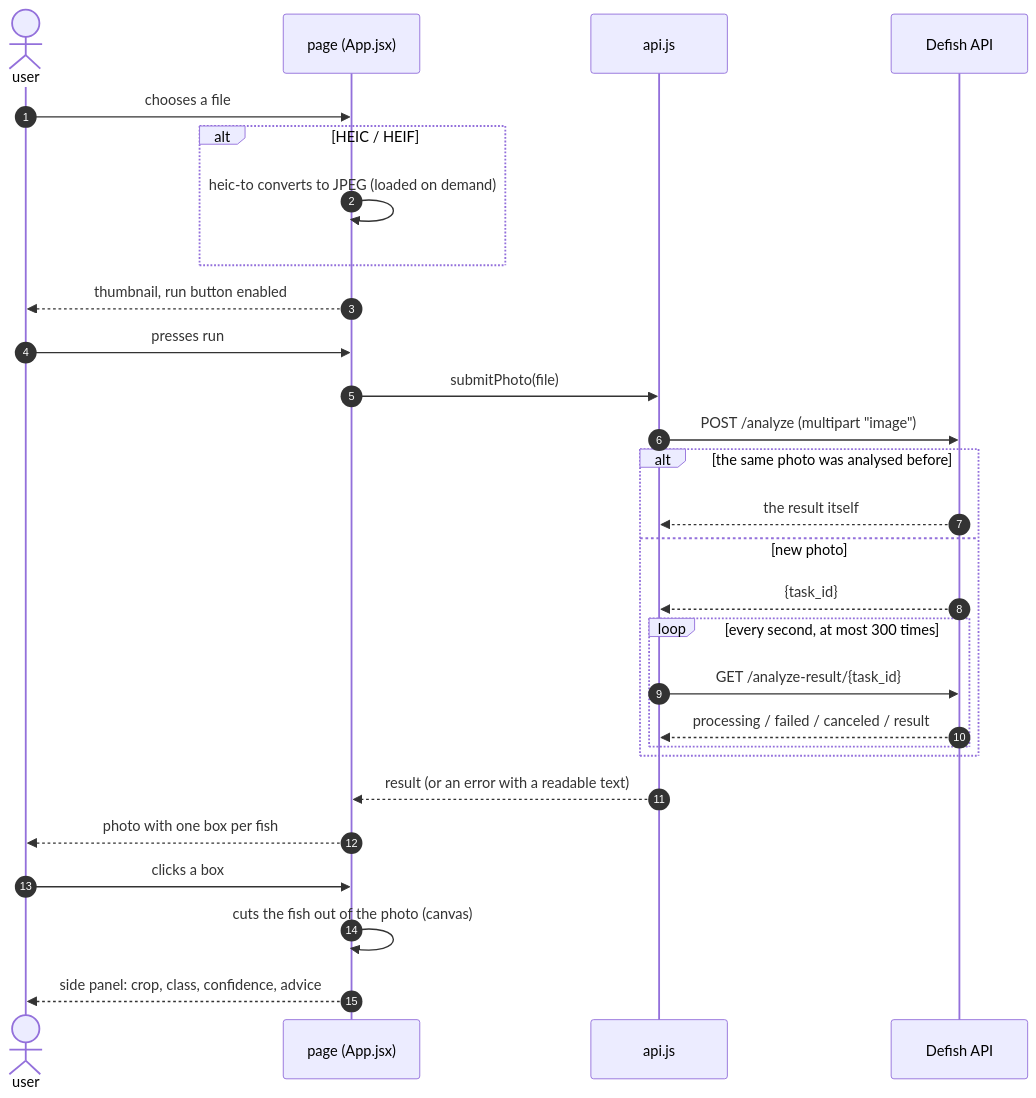
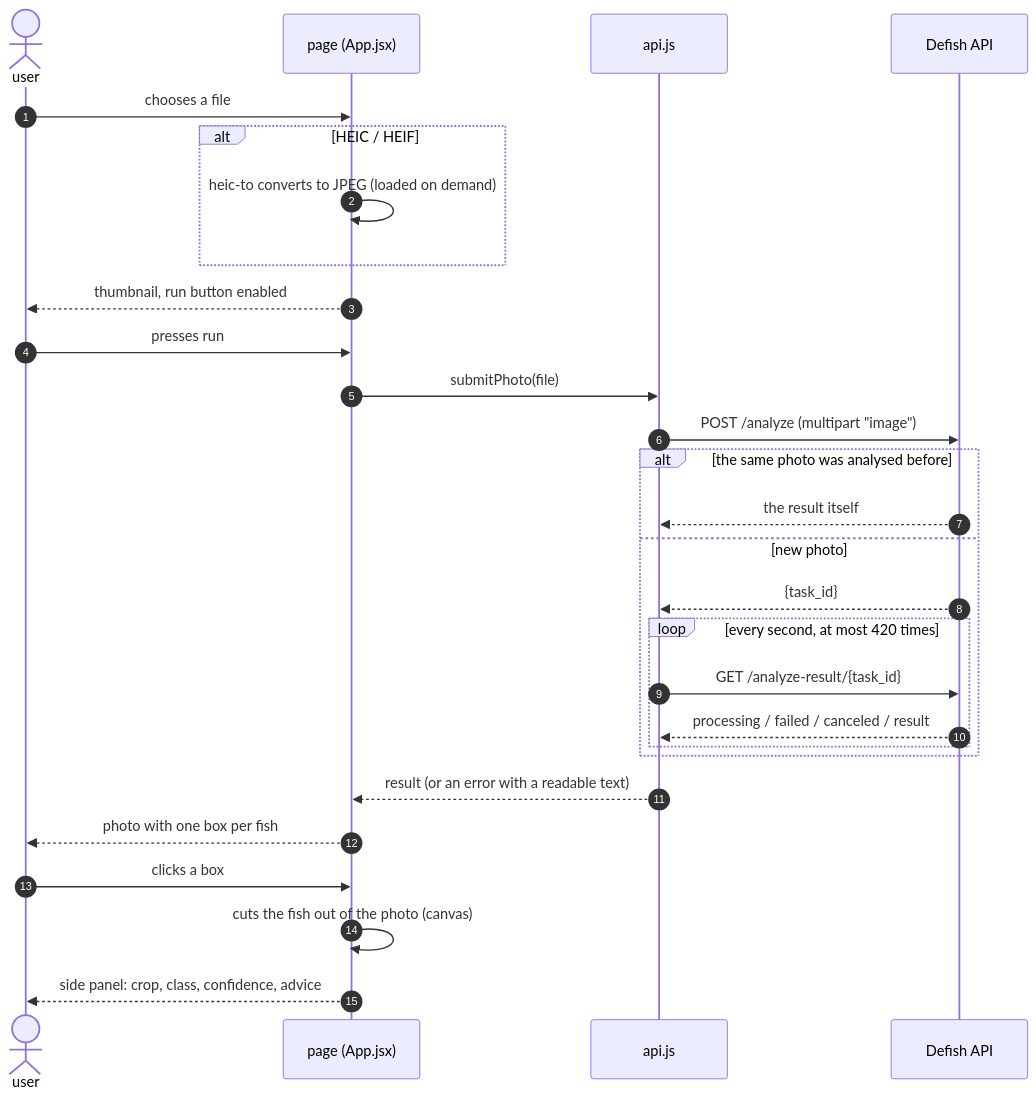
The first of 3 diagrams in docs/architecture.md (katzer-lab/Defish-Frontend), drawn with Mermaid before and after one commit. The commit also changed other lines of this file and 3 other files, not shown here.

````diff
--- a/docs/architecture.md
+++ b/docs/architecture.md
@@ -21,30 +21,30 @@
 ```mermaid
 sequenceDiagram
     autonumber
     actor U as user
     participant P as page (App.jsx)
     participant A as api.js
     participant S as Defish API
     U->>P: chooses a file
     alt HEIC / HEIF
         P->>P: heic-to converts to JPEG (loaded on demand)
     end
     P-->>U: thumbnail, run button enabled
     U->>P: presses run
     P->>A: submitPhoto(file)
     A->>S: POST /analyze (multipart "image")
     alt the same photo was analysed before
         S-->>A: the result itself
     else new photo
         S-->>A: {task_id}
-        loop every second, at most 300 times
+        loop every second, at most 420 times
             A->>S: GET /analyze-result/{task_id}
             S-->>A: processing / failed / canceled / result
         end
     end
     A-->>P: result (or an error with a readable text)
     P-->>U: photo with one box per fish
     U->>P: clicks a box
     P->>P: cuts the fish out of the photo (canvas)
     P-->>U: side panel: crop, class, confidence, advice
 ```
````
